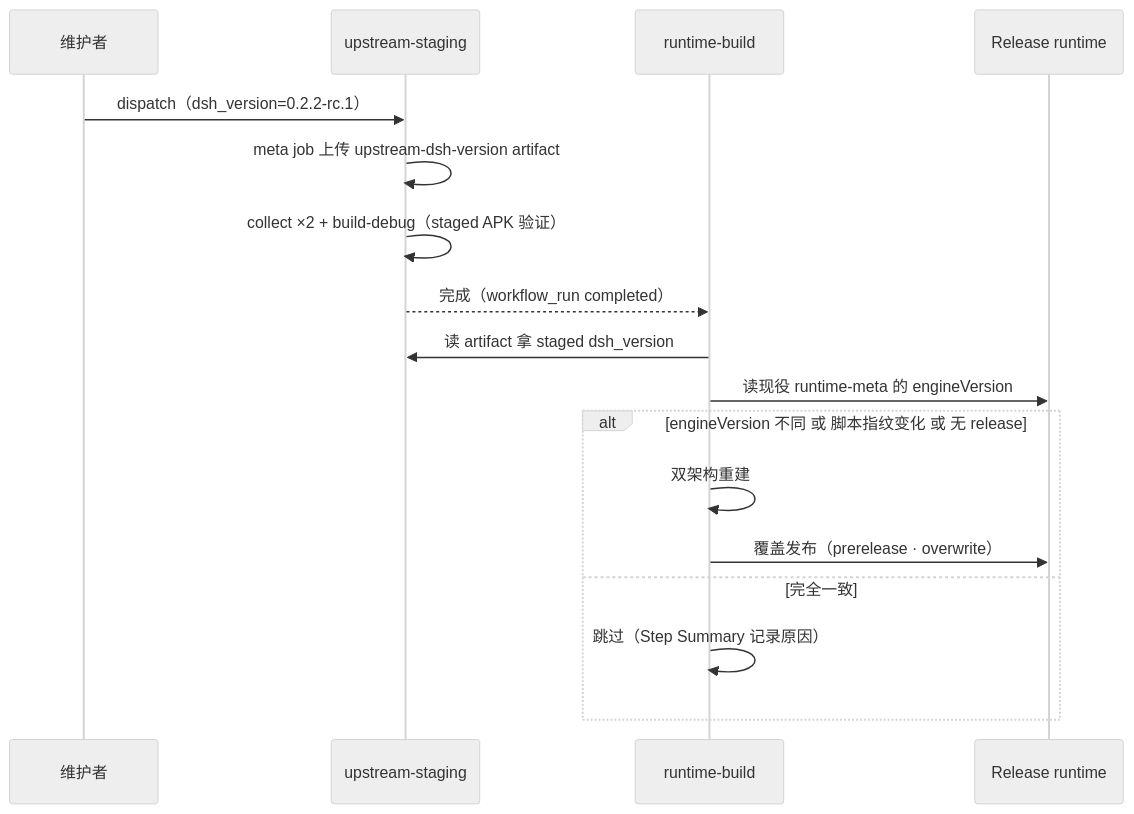
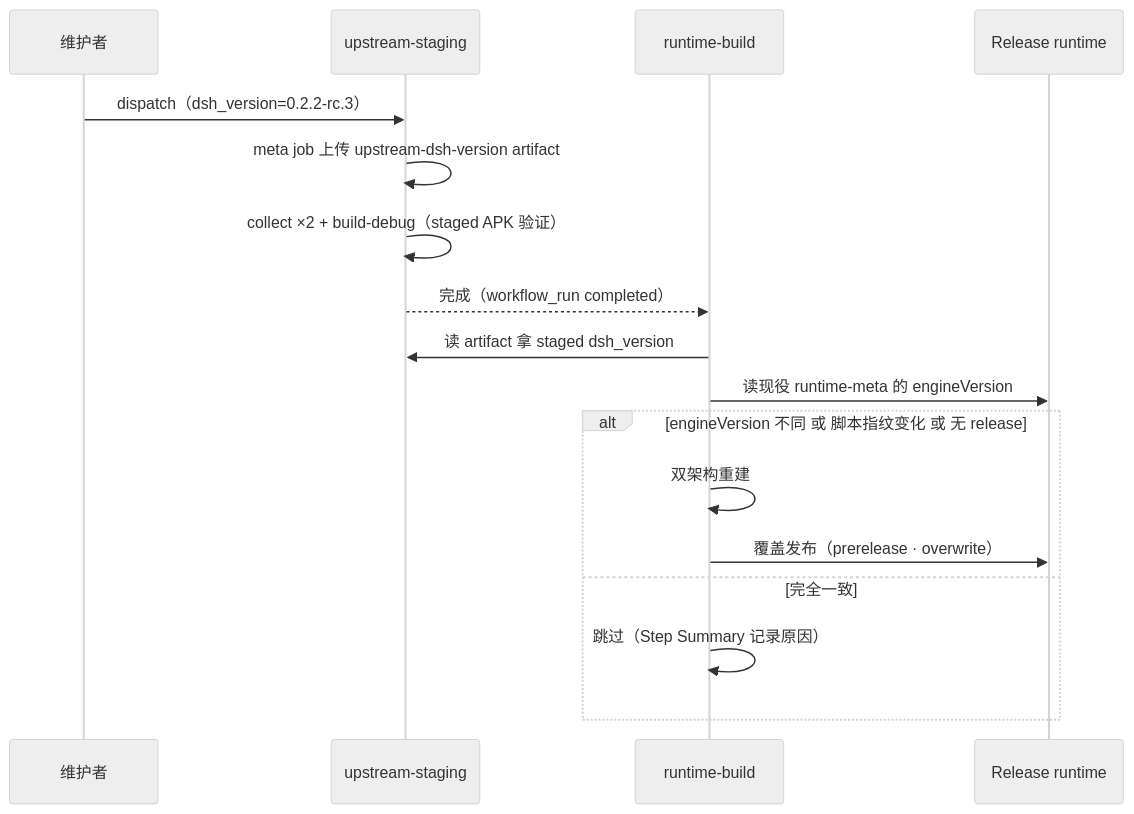
One commit to Soodok/Deepseek-Harness-Local-Android changed the second of 3 diagrams in docs/CI_RUNTIME_PIPELINE.md. Above: the diagram before and after it, drawn with Mermaid (neutral theme). The commit also changed other lines of this file and 8 other files, not shown here.

````diff
--- a/docs/CI_RUNTIME_PIPELINE.md
+++ b/docs/CI_RUNTIME_PIPELINE.md
@@ -94,20 +94,20 @@
 ```mermaid
 sequenceDiagram
     participant U as 维护者
     participant S as upstream-staging
     participant R as runtime-build
     participant GH as Release runtime
 
-    U->>S: dispatch（dsh_version=0.2.2-rc.1）
+    U->>S: dispatch（dsh_version=0.2.2-rc.3）
     S->>S: meta job 上传 upstream-dsh-version artifact
     S->>S: collect ×2 + build-debug（staged APK 验证）
     S-->>R: 完成（workflow_run completed）
     R->>S: 读 artifact 拿 staged dsh_version
     R->>GH: 读现役 runtime-meta 的 engineVersion
     alt engineVersion 不同 或 脚本指纹变化 或 无 release
         R->>R: 双架构重建
         R->>GH: 覆盖发布（prerelease · overwrite）
     else 完全一致
         R->>R: 跳过（Step Summary 记录原因）
     end
 ```
````
